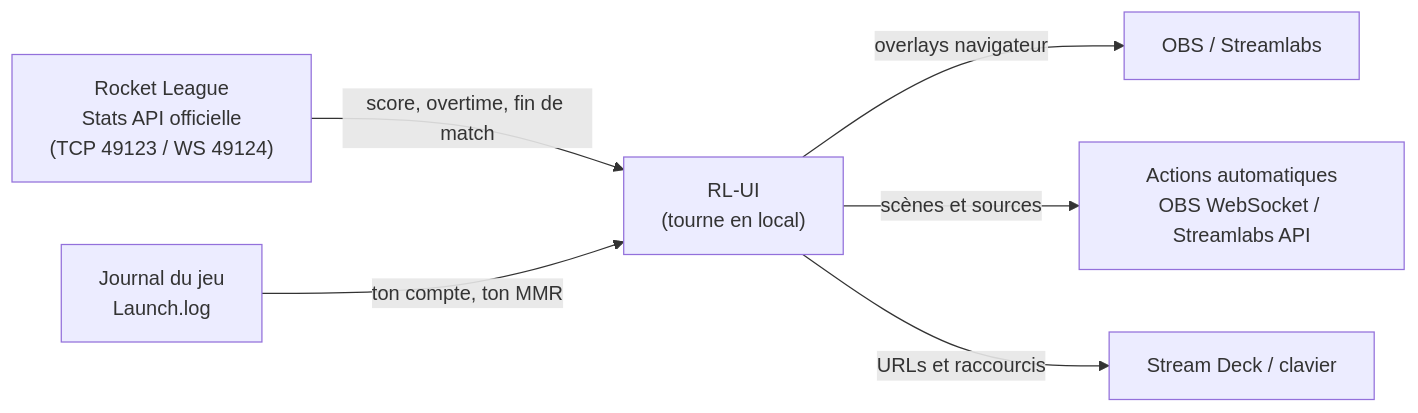
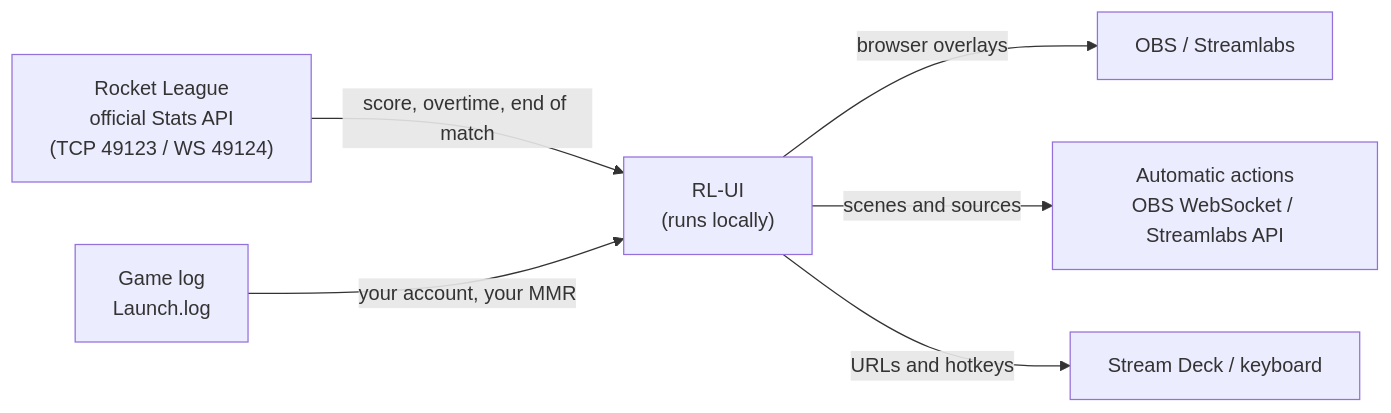
One commit to MaximeKwk/rl-ui changed the diagram in README.md. Above: the diagram before and after it, drawn with Mermaid. The commit also changed other lines of this file and 16 other files, not shown here.

````diff
--- a/README.md
+++ b/README.md
@@ -71,8 +76,8 @@
 ```mermaid
 flowchart LR
-    RL["Rocket League<br/>Stats API officielle<br/>(TCP 49123 / WS 49124)"] -->|score, overtime, fin de match| BS
-    LOG["Journal du jeu<br/>Launch.log"] -->|ton compte, ton MMR| BS
-    BS["RL-UI<br/>(tourne en local)"] -->|overlays navigateur| STREAM["OBS / Streamlabs"]
-    BS -->|scènes et sources| ACT["Actions automatiques<br/>OBS WebSocket / Streamlabs API"]
-    BS -->|URLs et raccourcis| DECK["Stream Deck / clavier"]
+    RL["Rocket League<br/>official Stats API<br/>(TCP 49123 / WS 49124)"] -->|score, overtime, end of match| APP
+    LOG["Game log<br/>Launch.log"] -->|your account, your MMR| APP
+    APP["RL-UI<br/>(runs locally)"] -->|browser overlays| STREAM["OBS / Streamlabs"]
+    APP -->|scenes and sources| ACT["Automatic actions<br/>OBS WebSocket / Streamlabs API"]
+    APP -->|URLs and hotkeys| DECK["Stream Deck / keyboard"]
 ```
````
